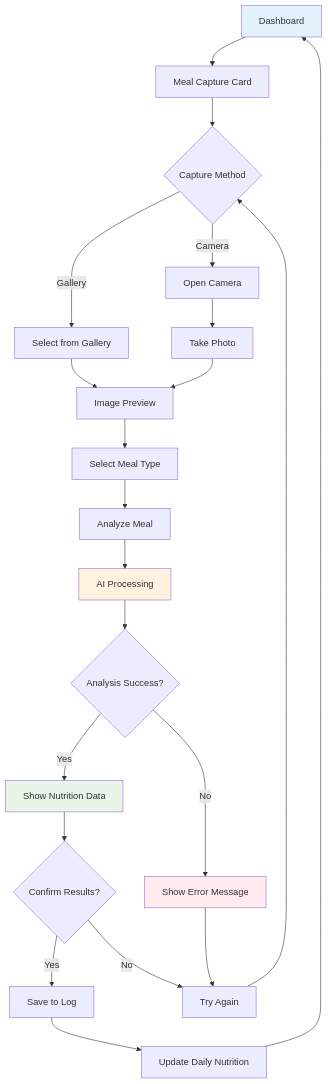
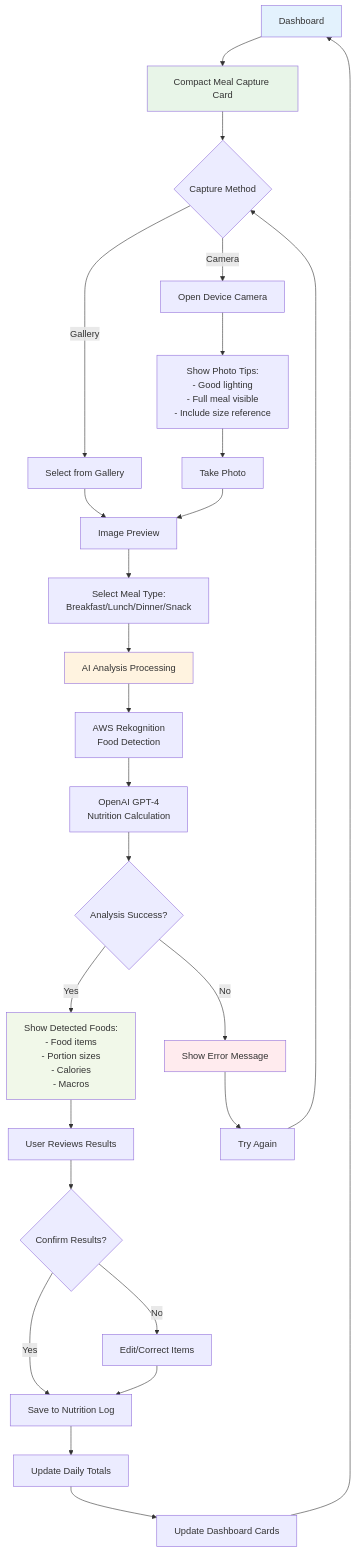
One commit to gs-admin1/hashimfit-voicecoach changed the fifth of 8 diagrams in docs/USER_FLOWS.md. Above: the diagram before and after it, drawn with Mermaid. The commit also changed other lines of this file and 5 other files, not shown here.

````diff
--- a/docs/USER_FLOWS.md
+++ b/docs/USER_FLOWS.md
@@ -71,36 +155,42 @@
 ```mermaid
 flowchart TD
-    Dashboard[Dashboard] --> MealCard[Meal Capture Card]
+    Dashboard[Dashboard] --> MealCard[Compact Meal Capture Card]
     MealCard --> Method{Capture Method}
     
-    Method -->|Camera| OpenCamera[Open Camera]
+    Method -->|Camera| OpenCamera[Open Device Camera]
     Method -->|Gallery| SelectFile[Select from Gallery]
     
-    OpenCamera --> TakePhoto[Take Photo]
+    OpenCamera --> Tips[Show Photo Tips:<br/>- Good lighting<br/>- Full meal visible<br/>- Include size reference]
+    Tips --> TakePhoto[Take Photo]
     SelectFile --> Preview[Image Preview]
     TakePhoto --> Preview
     
-    Preview --> MealType[Select Meal Type]
-    MealType --> Analyze[Analyze Meal]
+    Preview --> MealType[Select Meal Type:<br/>Breakfast/Lunch/Dinner/Snack]
+    MealType --> Analyze[AI Analysis Processing]
     
-    Analyze --> Processing[AI Processing]
-    Processing --> Results{Analysis Success?}
+    Analyze --> FoodDetection[AWS Rekognition<br/>Food Detection]
+    FoodDetection --> NutritionCalc[OpenAI GPT-4<br/>Nutrition Calculation]
     
-    Results -->|Yes| ShowResults[Show Nutrition Data]
+    NutritionCalc --> Results{Analysis Success?}
+    Results -->|Yes| ShowResults[Show Detected Foods:<br/>- Food items<br/>- Portion sizes<br/>- Calories<br/>- Macros]
     Results -->|No| Error[Show Error Message]
     
-    ShowResults --> Confirm{Confirm Results?}
-    Confirm -->|Yes| SaveMeal[Save to Log]
-    Confirm -->|No| Retry[Try Again]
+    ShowResults --> UserReview[User Reviews Results]
+    UserReview --> Confirm{Confirm Results?}
+    Confirm -->|Yes| SaveMeal[Save to Nutrition Log]
+    Confirm -->|No| EditResults[Edit/Correct Items]
     
-    SaveMeal --> Updated[Update Daily Nutrition]
-    Updated --> Dashboard
+    EditResults --> SaveMeal
+    SaveMeal --> UpdateDaily[Update Daily Totals]
+    UpdateDaily --> UpdateDashboard[Update Dashboard Cards]
+    UpdateDashboard --> Dashboard
     
-    Error --> Retry
+    Error --> Retry[Try Again]
     Retry --> Method
     
     style Dashboard fill:#e3f2fd
-    style Processing fill:#fff3e0
-    style ShowResults fill:#e8f5e8
+    style MealCard fill:#e8f5e8
+    style Analyze fill:#fff3e0
+    style ShowResults fill:#f1f8e9
     style Error fill:#ffebee
 ```
````
